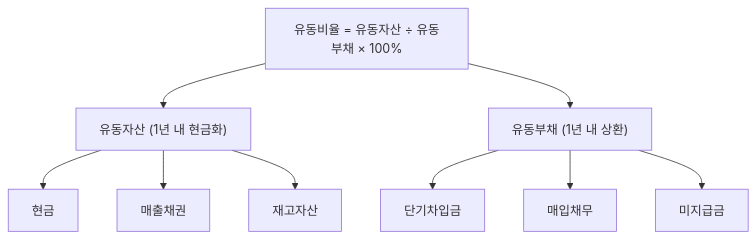
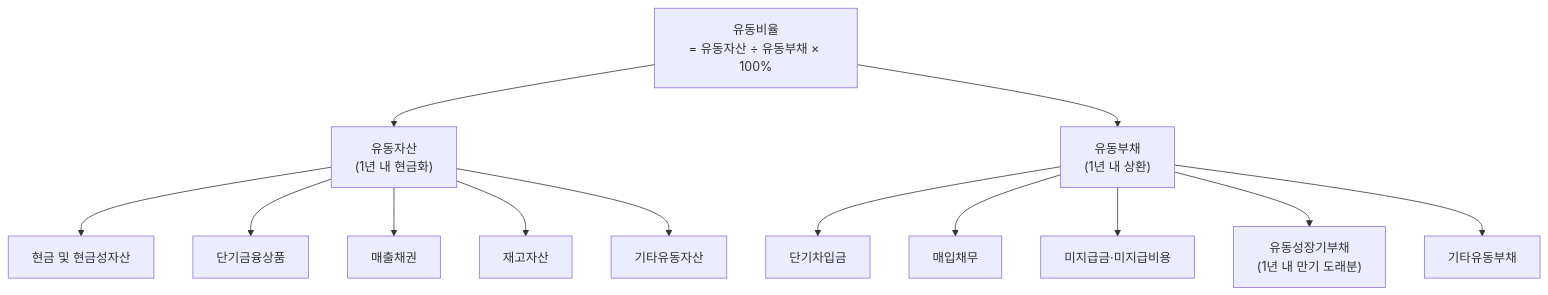
The diagram in content/stock-terms/ko/level-04-ratios/current-ratio.md (yeongseon/stock-visual-note), drawn with Mermaid before and after one commit. The commit also changed other lines of this file, not shown here.

Commit message:
content: rewrite current-ratio.md — richer Mermaid (13 nodes), industry benchmarks, 4 misconceptions, comparison scenario

````diff
--- a/content/stock-terms/ko/level-04-ratios/current-ratio.md
+++ b/content/stock-terms/ko/level-04-ratios/current-ratio.md
@@ -39,12 +51,19 @@
 ```mermaid
 graph TD
-    A["유동비율 = 유동자산 ÷ 유동부채 × 100%"]
-    A --> B["유동자산 (1년 내 현금화)"]
-    A --> C["유동부채 (1년 내 상환)"]
-    B --> D["현금"]
-    B --> E["매출채권"]
-    B --> F["재고자산"]
-    C --> G["단기차입금"]
-    C --> H["매입채무"]
-    C --> I["미지급금"]
+    A["유동비율<br>= 유동자산 ÷ 유동부채 × 100%"]
+
+    A --> B["유동자산<br>(1년 내 현금화)"]
+    A --> C["유동부채<br>(1년 내 상환)"]
+
+    B --> D["현금 및 현금성자산"]
+    B --> E["단기금융상품"]
+    B --> F["매출채권"]
+    B --> G["재고자산"]
+    B --> H["기타유동자산"]
+
+    C --> I["단기차입금"]
+    C --> J["매입채무"]
+    C --> K["미지급금·미지급비용"]
+    C --> L["유동성장기부채<br>(1년 내 만기 도래분)"]
+    C --> M["기타유동부채"]
 ```
````
